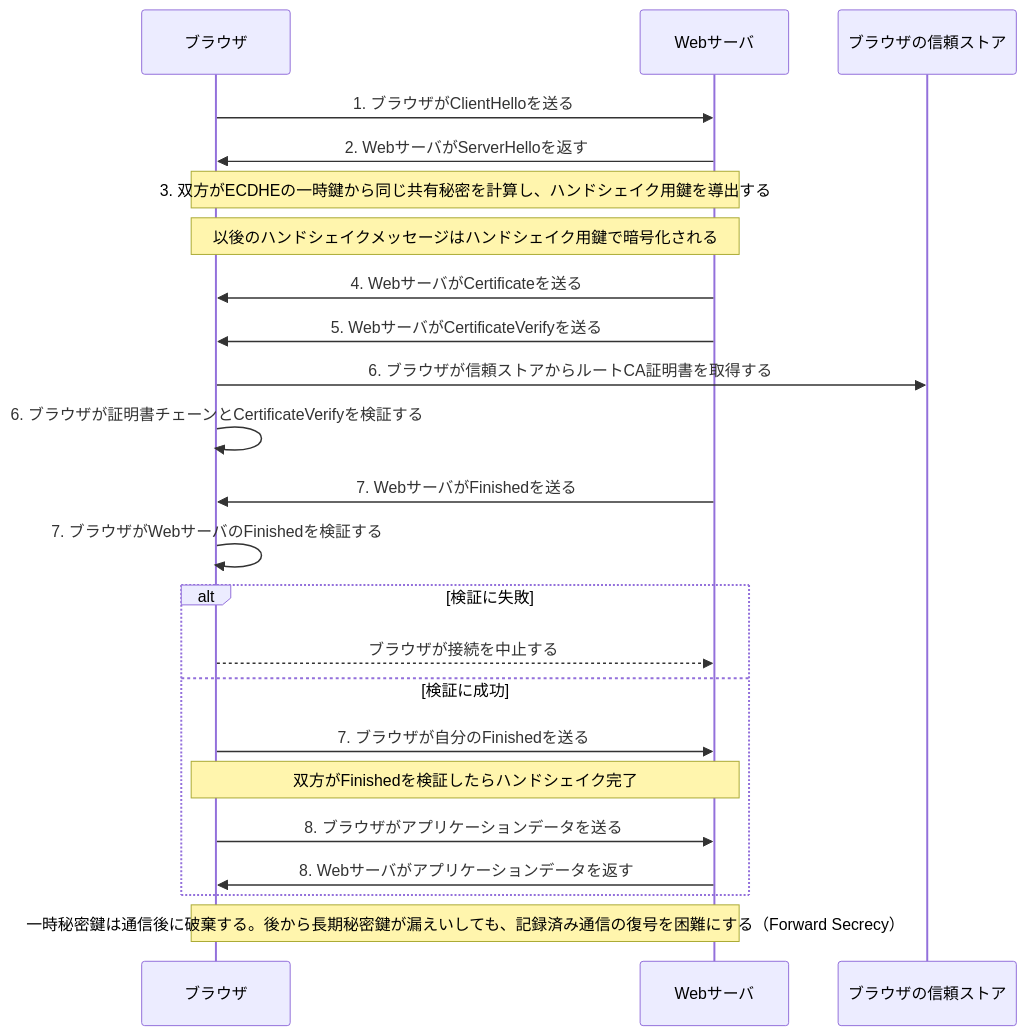
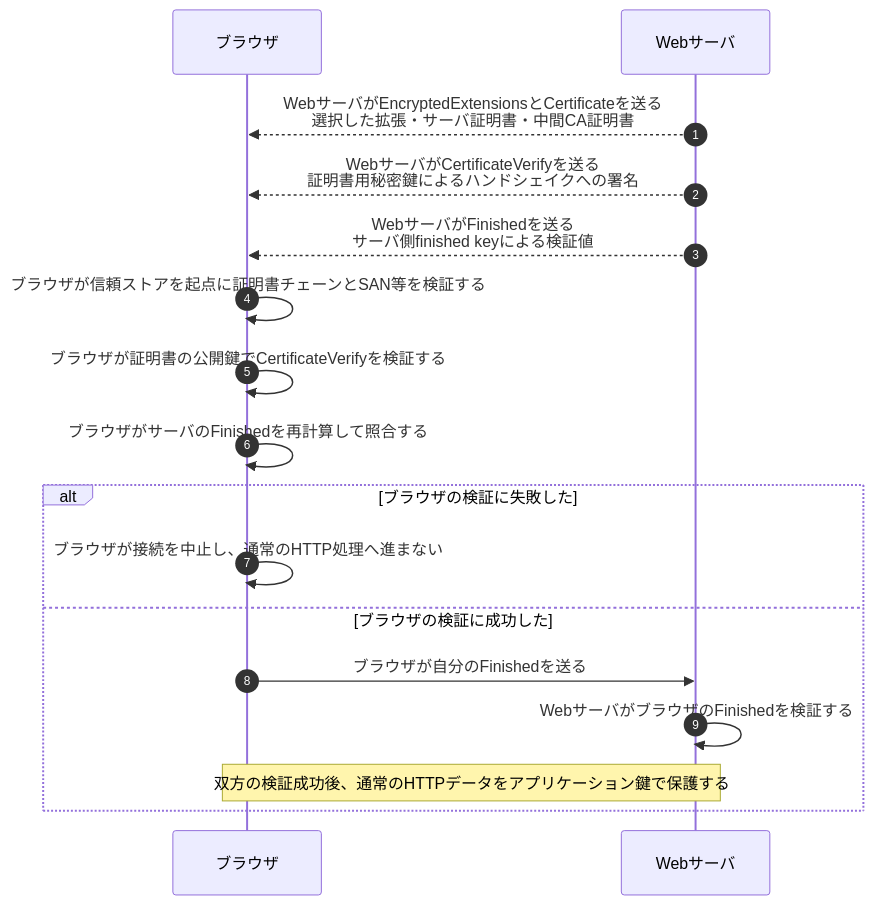
One commit to ryusuke2003/security-specialist-study changed the second of 3 diagrams in 復習用/流れ図/TLS1.3ハンドシェイク.md. Above: the diagram before and after it, drawn with Mermaid. The commit also changed other lines of this file and 26 other files, not shown here.

Commit message:
流れ図全23資料の主体と処理段階を明確化し構造検査を追加

````diff
--- a/復習用/流れ図/TLS1.3ハンドシェイク.md
+++ b/復習用/流れ図/TLS1.3ハンドシェイク.md
@@ -5,29 +32,20 @@
 ```mermaid
 sequenceDiagram
-    participant Browser as ブラウザ
-    participant Server as Webサーバ
-    participant Store as ブラウザの信頼ストア
+    autonumber
+    participant B as ブラウザ
+    participant S as Webサーバ
 
-    Browser->>Server: 1. ブラウザがClientHelloを送る
-    Server->>Browser: 2. WebサーバがServerHelloを返す
-    Note over Browser,Server: 3. 双方がECDHEの一時鍵から同じ共有秘密を計算し、ハンドシェイク用鍵を導出する
-    Note over Browser,Server: 以後のハンドシェイクメッセージはハンドシェイク用鍵で暗号化される
-
-    Server->>Browser: 4. WebサーバがCertificateを送る
-    Server->>Browser: 5. WebサーバがCertificateVerifyを送る
-    Browser->>Store: 6. ブラウザが信頼ストアからルートCA証明書を取得する
-    Browser->>Browser: 6. ブラウザが証明書チェーンとCertificateVerifyを検証する
-    Server->>Browser: 7. WebサーバがFinishedを送る
-    Browser->>Browser: 7. ブラウザがWebサーバのFinishedを検証する
-
-    alt 検証に失敗
-        Browser-->>Server: ブラウザが接続を中止する
-    else 検証に成功
-        Browser->>Server: 7. ブラウザが自分のFinishedを送る
-        Note over Browser,Server: 双方がFinishedを検証したらハンドシェイク完了
-        Browser->>Server: 8. ブラウザがアプリケーションデータを送る
-        Server->>Browser: 8. Webサーバがアプリケーションデータを返す
+    S-->>B: WebサーバがEncryptedExtensionsとCertificateを送る<br/>選択した拡張・サーバ証明書・中間CA証明書
+    S-->>B: WebサーバがCertificateVerifyを送る<br/>証明書用秘密鍵によるハンドシェイクへの署名
+    S-->>B: WebサーバがFinishedを送る<br/>サーバ側finished keyによる検証値
+    B->>B: ブラウザが信頼ストアを起点に証明書チェーンとSAN等を検証する
+    B->>B: ブラウザが証明書の公開鍵でCertificateVerifyを検証する
+    B->>B: ブラウザがサーバのFinishedを再計算して照合する
+    alt ブラウザの検証に失敗した
+        B->>B: ブラウザが接続を中止し、通常のHTTP処理へ進まない
+    else ブラウザの検証に成功した
+        B->>S: ブラウザが自分のFinishedを送る
+        S->>S: WebサーバがブラウザのFinishedを検証する
+        Note over B,S: 双方の検証成功後、通常のHTTPデータをアプリケーション鍵で保護する
     end
-
-    Note over Browser,Server: 一時秘密鍵は通信後に破棄する。後から長期秘密鍵が漏えいしても、記録済み通信の復号を困難にする（Forward Secrecy）
 ```
````
